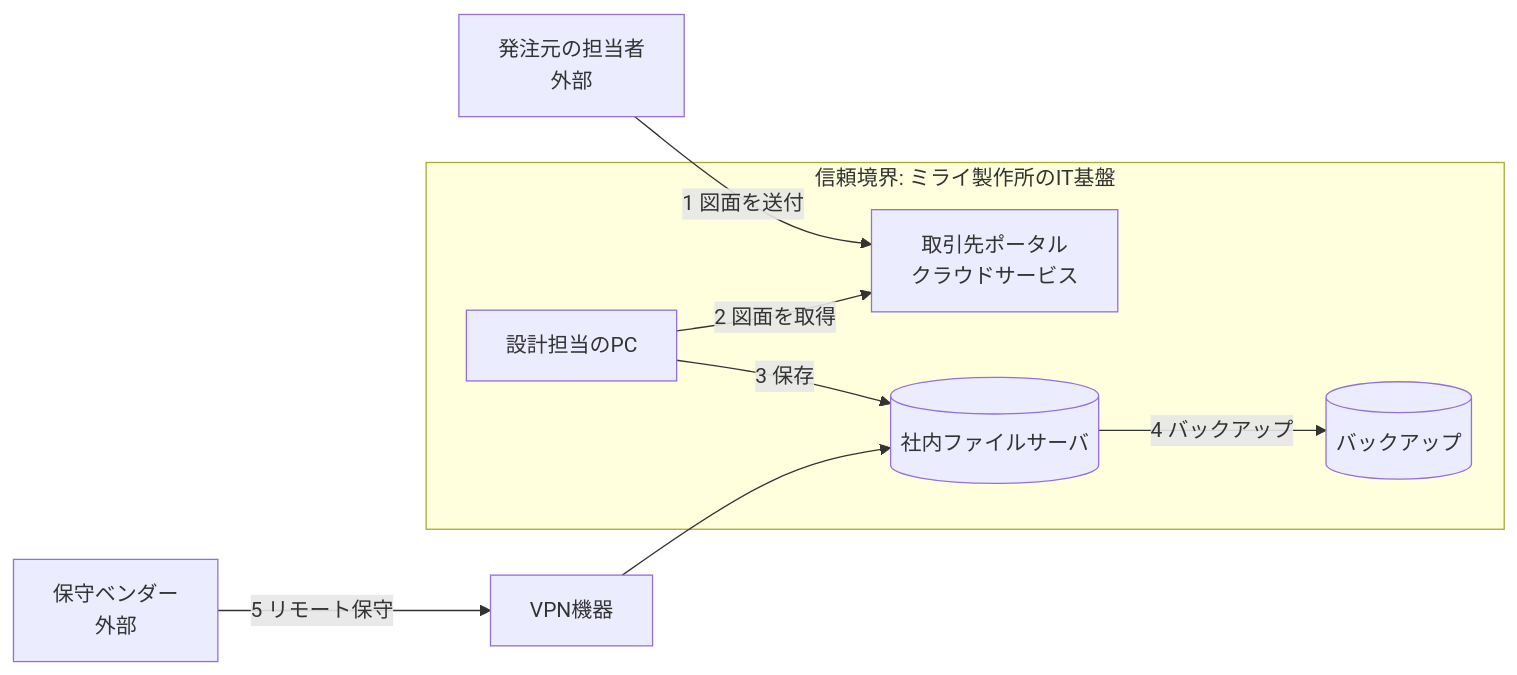
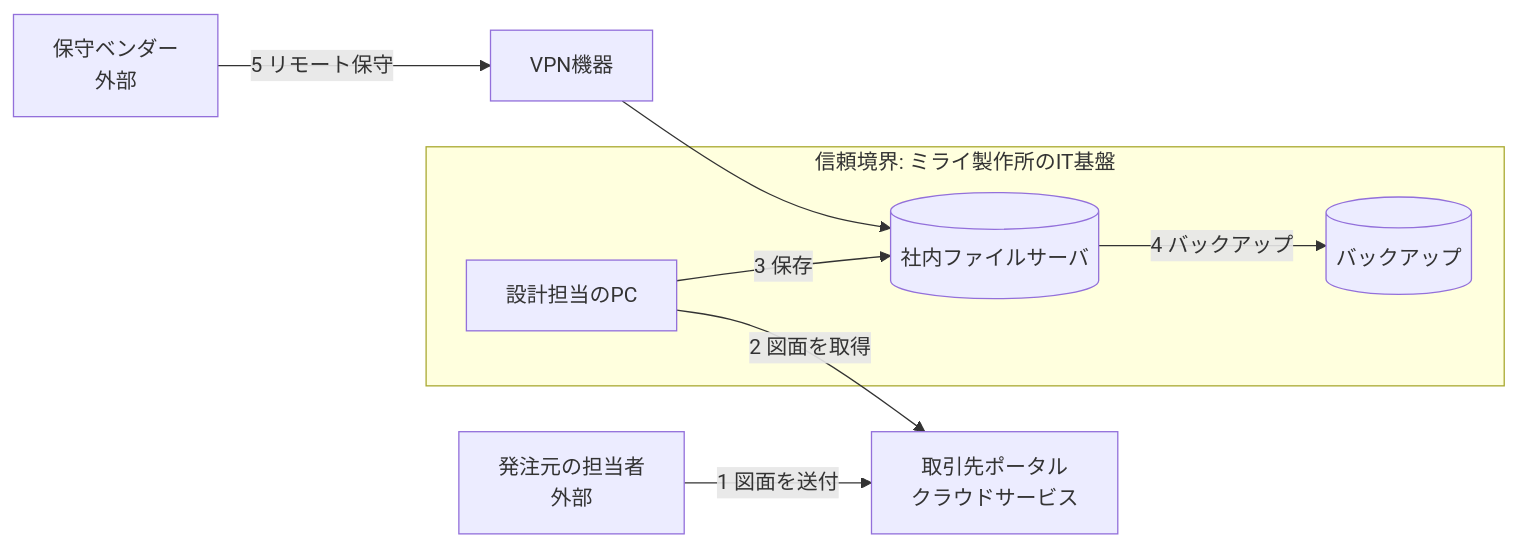
Diagram 12 of 14 in Scs-evaluation-threat-analysis-guide.md (myoshi2891/Security_Studies), drawn with Mermaid before and after one commit. The commit also changed other lines of this file, not shown here.

Commit message:
docs(scs): keep service infrastructure exclusion, fix portal trust boundary and restrict CI installs to wheels

````diff
--- a/Scs-evaluation-threat-analysis-guide.md
+++ b/Scs-evaluation-threat-analysis-guide.md
@@ -669,11 +669,11 @@
 ```mermaid
 flowchart LR
     ORD["発注元の担当者<br/>外部"] -->|"1 図面を送付"| PORTAL["取引先ポータル<br/>クラウドサービス"]
     subgraph MIRAI["信頼境界: ミライ製作所のIT基盤"]
-        ENG["設計担当のPC"] -->|"2 図面を取得"| PORTAL
-        ENG -->|"3 保存"| FS[("社内ファイルサーバ")]
+        ENG["設計担当のPC"] -->|"3 保存"| FS[("社内ファイルサーバ")]
         FS -->|"4 バックアップ"| BK[("バックアップ")]
     end
+    ENG -->|"2 図面を取得"| PORTAL
     VENDOR["保守ベンダー<br/>外部"] -->|"5 リモート保守"| VPN["VPN機器"]
     VPN --> FS
 ```
````
